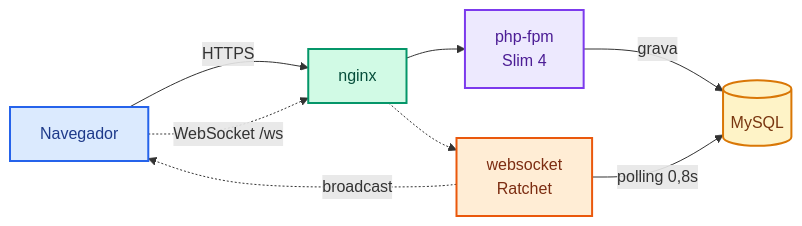
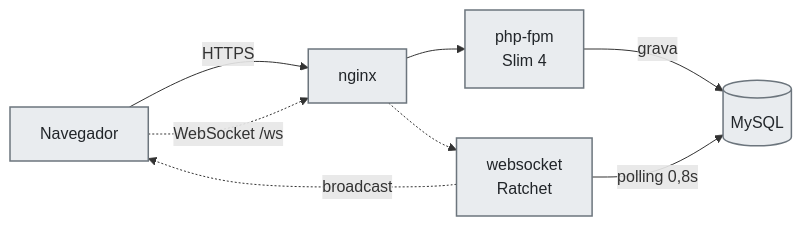
The third of 3 diagrams in README.md (leonardomoreschi/projeto-chat-chamados), drawn with Mermaid before and after one commit. The commit also changed other lines of this file, not shown here.

````diff
--- a/README.md
+++ b/README.md
@@ -199,22 +198,22 @@
 ```mermaid
 flowchart LR
     U[" Navegador"] -->|HTTPS| N[" nginx"]
     U -.->|"WebSocket /ws"| N
     N --> P[" php-fpm<br/>Slim 4"]
     N -.-> W[" websocket<br/>Ratchet"]
     P -->|"grava"| D[(" MySQL")]
     W -->|"polling 0,8s"| D
     W -.->|"broadcast"| U
 
-    classDef cliente fill:#dbeafe,stroke:#2563eb,stroke-width:2px,color:#1e3a8a
-    classDef web     fill:#d1fae5,stroke:#059669,stroke-width:2px,color:#064e3b
-    classDef app     fill:#ede9fe,stroke:#7c3aed,stroke-width:2px,color:#4c1d95
-    classDef rt      fill:#ffedd5,stroke:#ea580c,stroke-width:2px,color:#7c2d12
-    classDef db      fill:#fef3c7,stroke:#d97706,stroke-width:2px,color:#78350f
+    classDef cliente fill:#e9ecef,stroke:#6c757d,stroke-width:1.5px,color:#212529
+    classDef web     fill:#e9ecef,stroke:#6c757d,stroke-width:1.5px,color:#212529
+    classDef app     fill:#e9ecef,stroke:#6c757d,stroke-width:1.5px,color:#212529
+    classDef rt      fill:#e9ecef,stroke:#6c757d,stroke-width:1.5px,color:#212529
+    classDef db      fill:#e9ecef,stroke:#6c757d,stroke-width:1.5px,color:#212529
 
     class U cliente
     class N web
     class P app
     class W rt
     class D db
 ```
````
